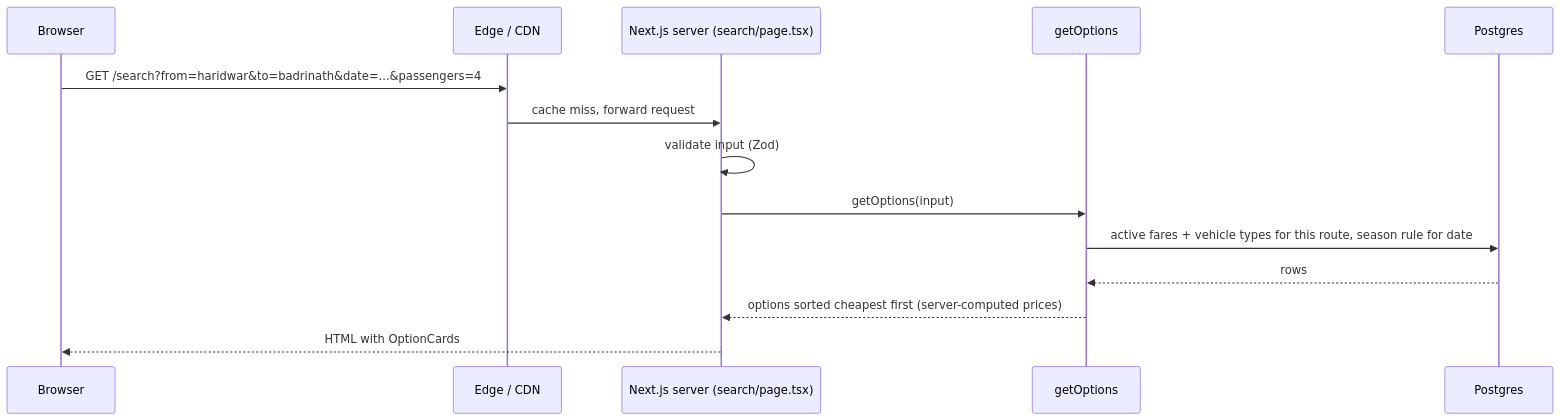
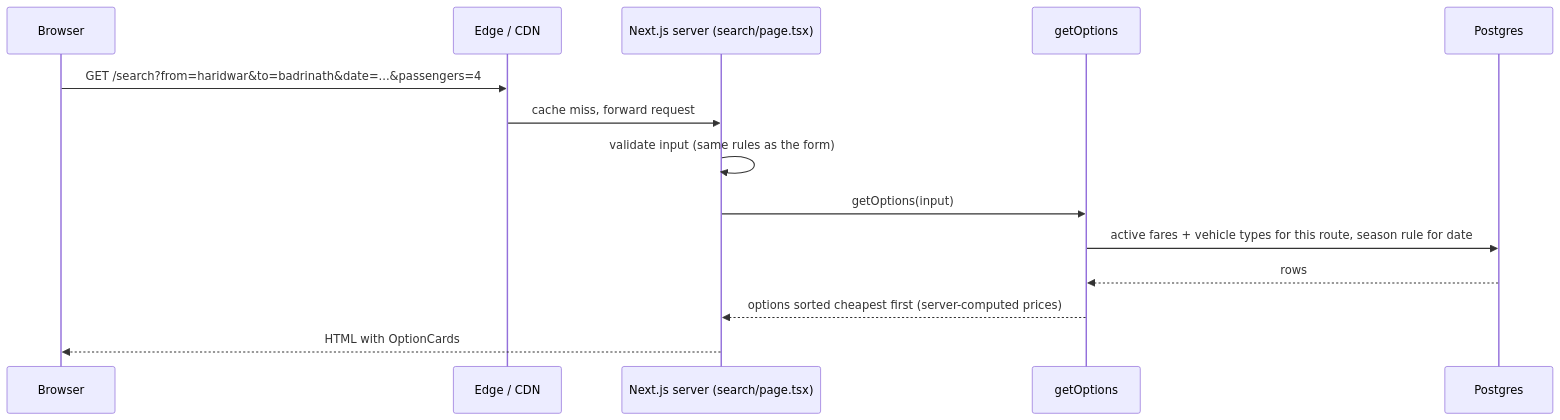
One commit to pratulsharma/intercitytaxicab changed the second of 4 diagrams in system-design-and-dsa.md. Above: the diagram before and after it, drawn with Mermaid. The commit also changed 6 other files, not shown here.

````diff
--- a/system-design-and-dsa.md
+++ b/system-design-and-dsa.md
@@ -25,16 +25,16 @@
 ```mermaid
 sequenceDiagram
   participant B as Browser
   participant E as Edge / CDN
   participant S as Next.js server (search/page.tsx)
   participant G as getOptions
   participant D as Postgres
   B->>E: GET /search?from=haridwar&to=badrinath&date=...&passengers=4
   E->>S: cache miss, forward request
-  S->>S: validate input (Zod)
+  S->>S: validate input (same rules as the form)
   S->>G: getOptions(input)
   G->>D: active fares + vehicle types for this route, season rule for date
   D-->>G: rows
   G-->>S: options sorted cheapest first (server-computed prices)
   S-->>B: HTML with OptionCards
 ```
````
